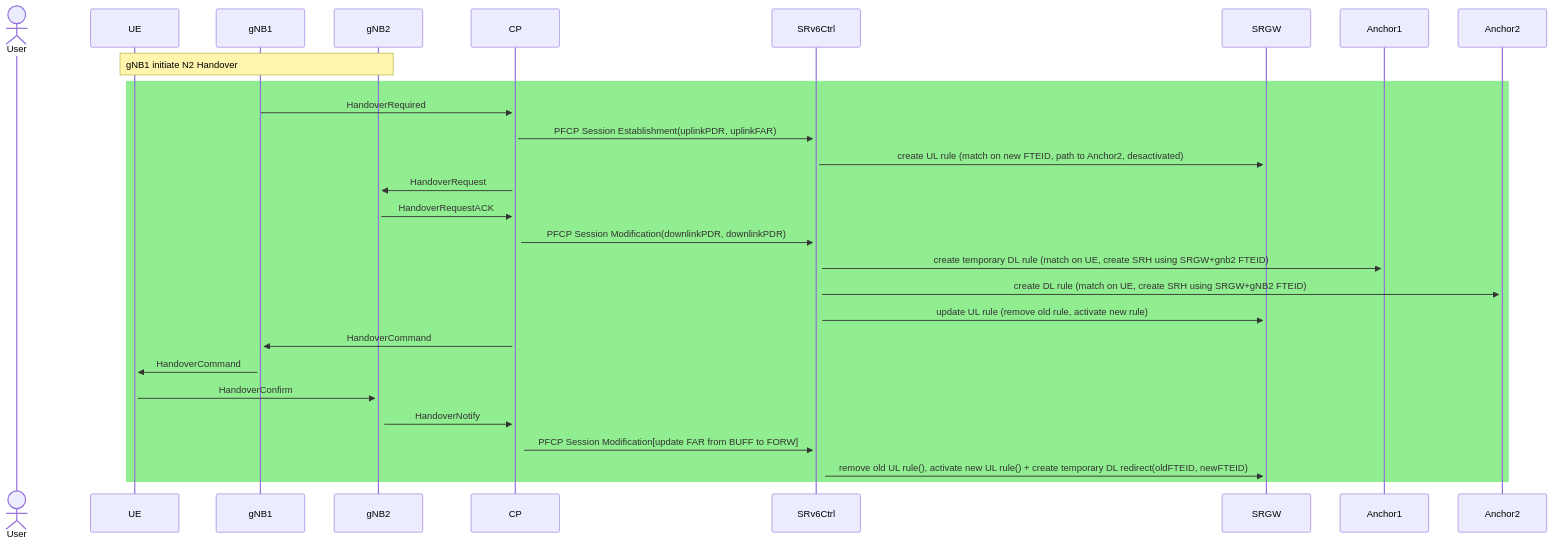
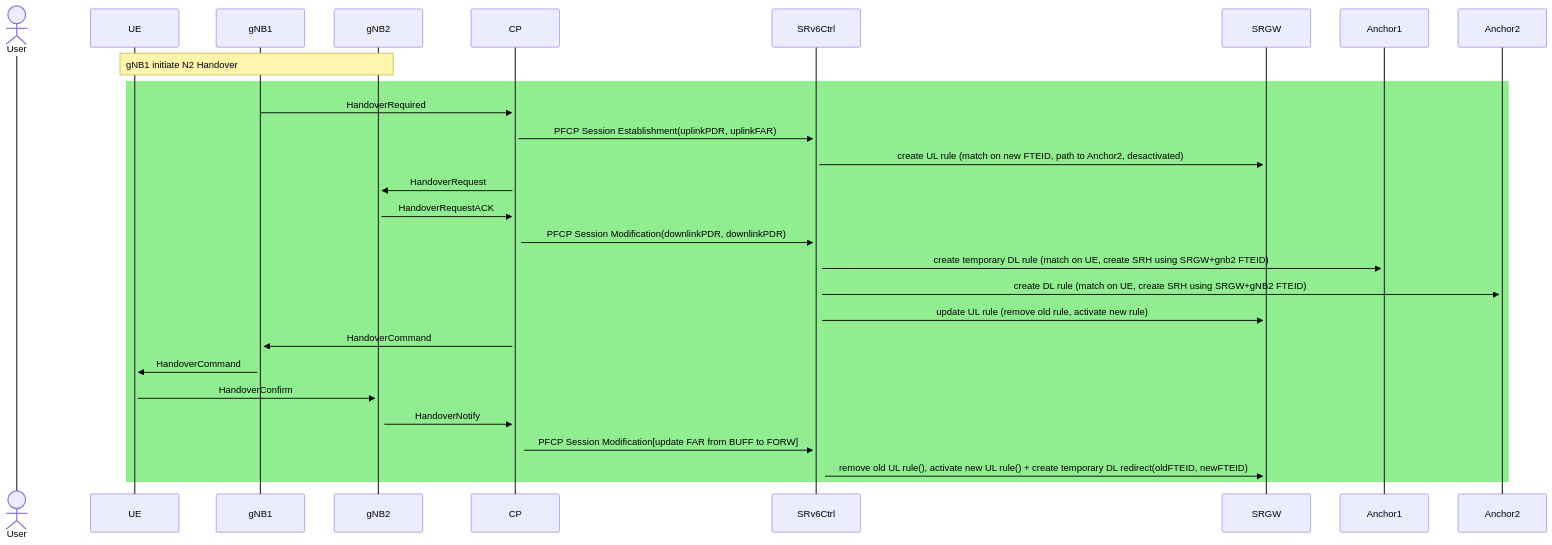
One commit to nextmn/testbed changed the fourth of 5 diagrams in doc/nextmn-lite.md. Above: the diagram before and after it, drawn with Mermaid. The commit also changed other lines of this file, not shown here.

Commit message:
Add text contrast even in dark mode

````diff
--- a/doc/nextmn-lite.md
+++ b/doc/nextmn-lite.md
@@ -108,32 +112,32 @@
 ```mermaid
-%%{init: { 'sequence': {'noteAlign': 'left'} }}%%
+%%{init: { 'sequence': {'noteAlign': 'left'} , 'themeVariables':{'actorLineColor': '#333333', 'signalColor': '#000000', 'signalTextColor':'#000000'} }}%%
 sequenceDiagram
 actor User
 participant UE
 participant gNB1
 participant gNB2
 participant CP
 participant SRv6Ctrl
 participant SRGW
 participant Anchor1
 participant Anchor2
 
 note over UE, gNB2: gNB1 initiate N2 Handover
 rect LightGreen
     gNB1->>+CP: HandoverRequired
     CP->>+SRv6Ctrl: PFCP Session Establishment(uplinkPDR, uplinkFAR)
     SRv6Ctrl->>+SRGW: create UL rule (match on new FTEID, path to Anchor2, desactivated)
     CP->>+gNB2: HandoverRequest
     gNB2->>+CP: HandoverRequestACK
     CP->>+SRv6Ctrl: PFCP Session Modification(downlinkPDR, downlinkPDR)
     SRv6Ctrl->>+Anchor1: create temporary DL rule (match on UE, create SRH using SRGW+gnb2 FTEID)
     SRv6Ctrl->>+Anchor2: create DL rule (match on UE, create SRH using SRGW+gNB2 FTEID)
     SRv6Ctrl->>+SRGW: update UL rule (remove old rule, activate new rule)
     CP->>+gNB1: HandoverCommand
     gNB1->>+UE: HandoverCommand
     UE->>+gNB2: HandoverConfirm
     gNB2->>+CP: HandoverNotify
     CP->>+SRv6Ctrl: PFCP Session Modification[update FAR from BUFF to FORW]
     SRv6Ctrl->>+SRGW: remove old UL rule(), activate new UL rule() + create temporary DL redirect(oldFTEID, newFTEID)
 end
 ```
````
